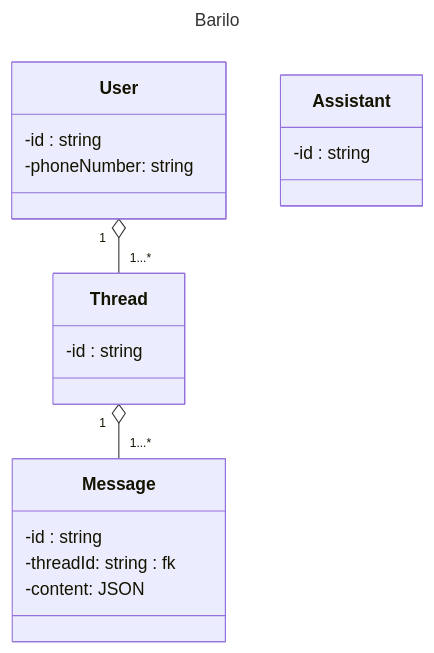
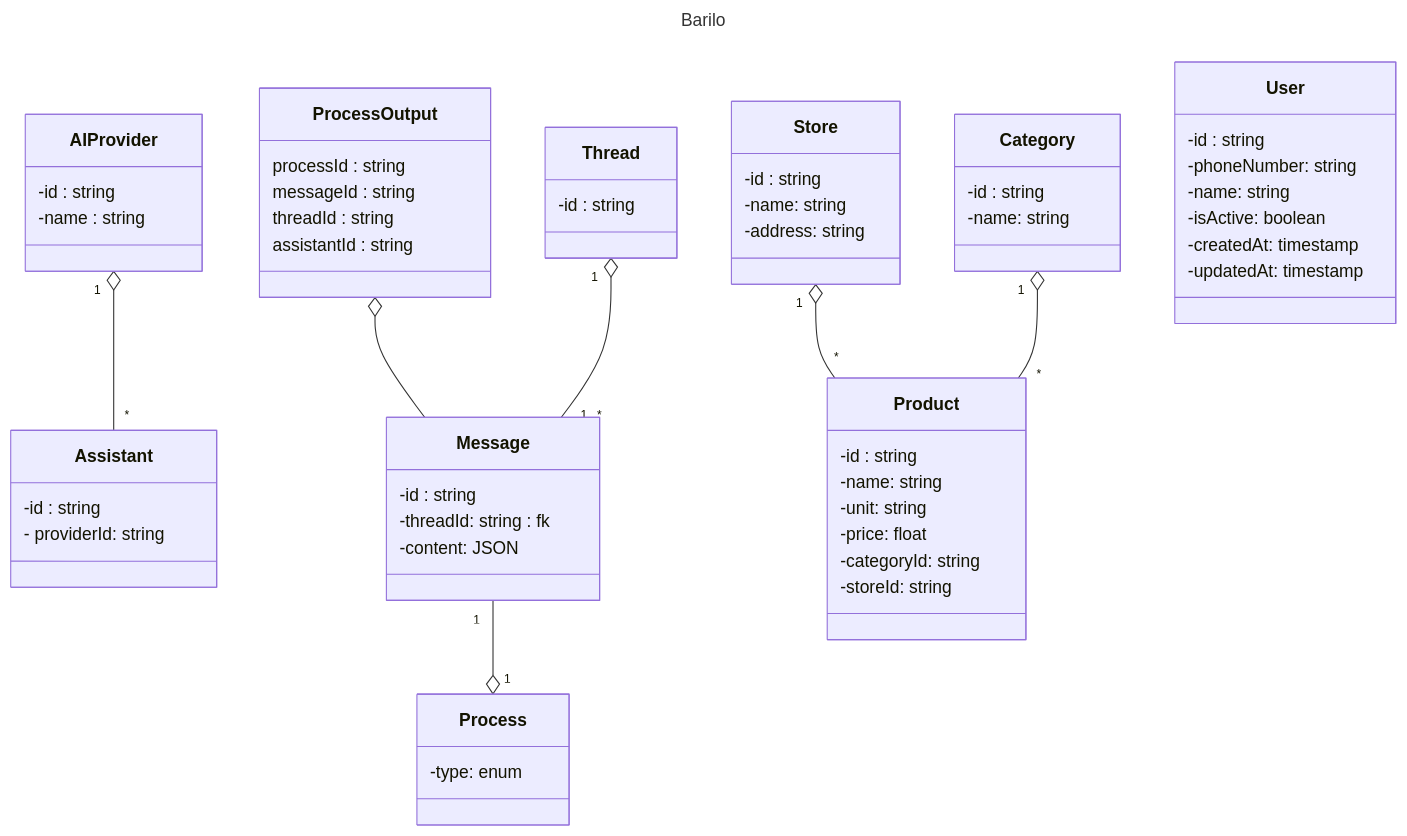
The second of 3 diagrams in README.md (pedrosantosbr/barilo), drawn with Mermaid before and after one commit. The commit also changed other lines of this file, not shown here.

````diff
--- a/README.md
+++ b/README.md
@@ -5,29 +51,68 @@
 ```mermaid
 ---
 title: Barilo
 ---
 classDiagram
   User
   Assistant
   Thread
   Message
   
-  User "1" o-- "1...*" Thread
-  Thread "1" o-- "1...*" Message  
+  AIProvider "1" o-- "*" Assistant
+  Message "1" --o "1" Process
+  ProcessOutput o-- Message
+  Thread "1" o-- "1...*" Message
+  Store "1" o-- "*" Product
+  Category "1" o-- "*" Product
     
   class User {
     -id : string
     -phoneNumber: string
+    -name: string
+    -isActive: boolean
+    -createdAt: timestamp
+    -updatedAt: timestamp
+  }
+  class Store {
+    -id : string
+    -name: string
+    -address: string
+  }
+  class Category {
+    -id : string
+    -name: string
+  }
+  class Product {
+    -id : string
+    -name: string
+    -unit: string
+    -price: float
+    -categoryId: string
+    -storeId: string
+  }
+  class AIProvider {
+    -id : string
+    -name : string
   }
   class Assistant {
     -id : string
+    - providerId: string
   }
   class Thread {
     -id : string
   }
   class Message {
     -id : string
     -threadId: string : fk
     -content: JSON
   }
+  class Process {
+    -type: enum
+  }
+  class ProcessOutput {
+    processId : string
+    messageId : string
+    threadId : string
+    assistantId : string
+  }
 ```
````
